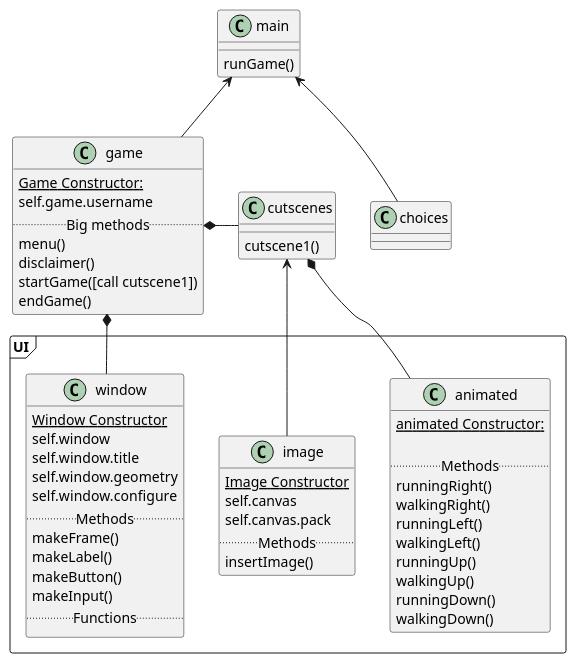
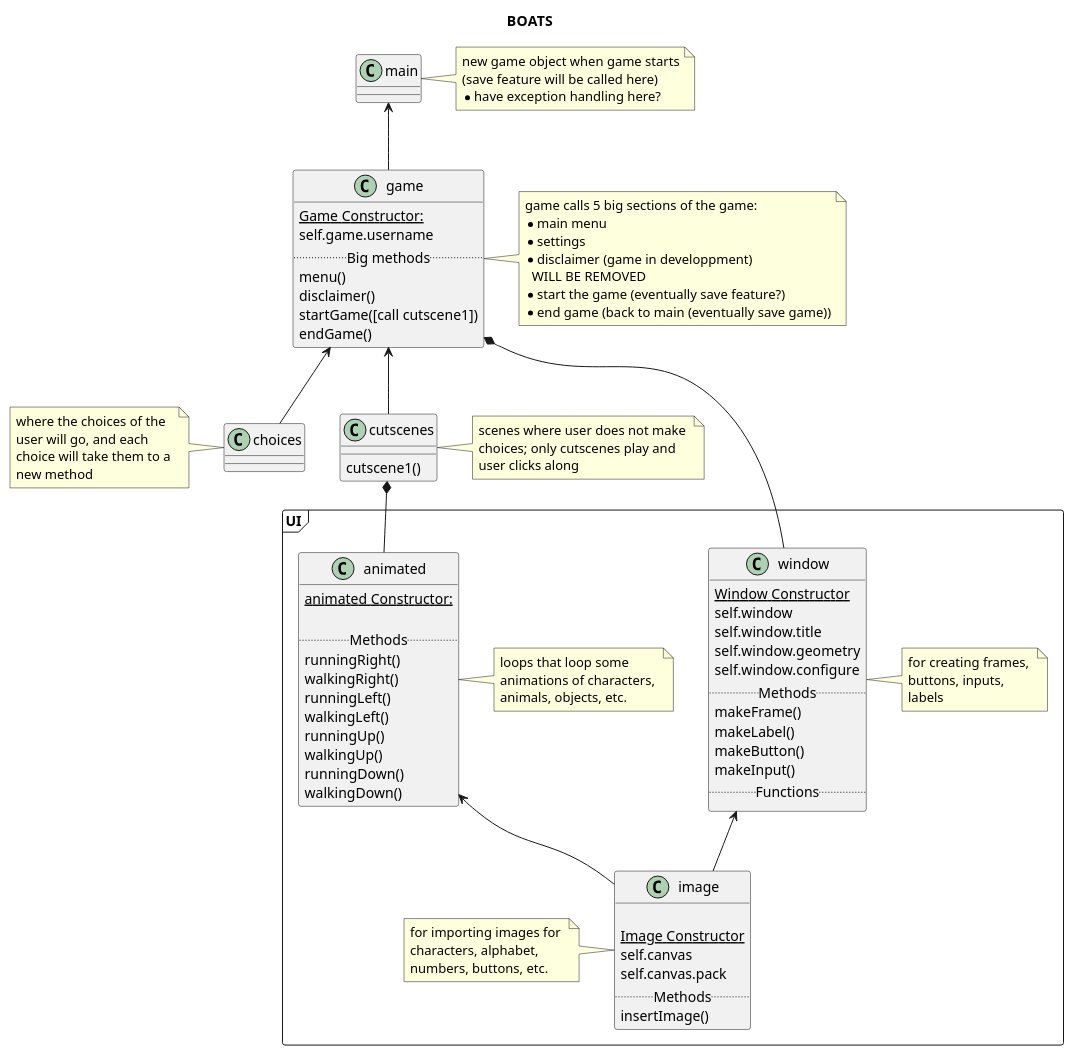
Before and after one commit to kbph05/BOATS: the diagram in map.puml, drawn with PlantUML. The commit also changed 4 other files, not shown here.

Commit message:
feat: notes in uml diagram

```diff
--- a/map.puml
+++ b/map.puml
@@ -1,73 +1,119 @@
 @startuml map
+title BOATS 
+
 
 class cutscenes {
     cutscene1()
 }
 
+note right of cutscenes
+scenes where user does not make 
+choices; only cutscenes play and
+user clicks along
+end note
+
 
 class main {
-    runGame()
+
 }
+note right of main
+new game object when game starts
+(save feature will be called here)
+*have exception handling here?
+end note
 
 class choices {
 
 }
+note left of choices
+where the choices of the 
+user will go, and each 
+choice will take them to a 
+new method
+end note
 
 class game {
     {static} Game Constructor:
         self.game.username
     ..Big methods..
     menu()
     disclaimer()
     startGame([call cutscene1])
     endGame()
 }
+note right of game
+game calls 5 big sections of the game:
+* main menu
+* settings
+* disclaimer (game in developpment) 
+  WILL BE REMOVED
+* start the game (eventually save feature?)
+* end game (back to main (eventually save game))
+end note
 
 package UI <<frame>> {
     class window {
         {static} Window Constructor
             self.window
             self.window.title
             self.window.geometry
             self.window.configure
         .. Methods ..
         makeFrame()
         makeLabel()
         makeButton()
         makeInput()
         ..Functions..
     }
+
+    note right of window 
+    for creating frames, 
+    buttons, inputs, 
+    labels
+    end note
+
     class image {
+        
         {static} Image Constructor
             self.canvas
             self.canvas.pack
         .. Methods ..
         insertImage()
     }
+    note left of image
+    for importing images for 
+    characters, alphabet, 
+    numbers, buttons, etc.
+    end note
 
     class animated {
         {static} animated Constructor:
 
         ..Methods..
         runningRight()
         walkingRight()
         runningLeft()
         walkingLeft()
         runningUp()
         walkingUp()
         runningDown()
         walkingDown()
     }
+    note right of animated
+    loops that loop some 
+    animations of characters, 
+    animals, objects, etc.
+    end note
 }
+main <-- game 
 
-main <-- choices
-main <-- game
-
-game *- cutscenes
+game <-- cutscenes 
 
 cutscenes *-- animated
+game <-- choices 
+game *- window
 
-game *-- window
-cutscenes <-- image
+window <-- image
+animated <-- image
 
 @enduml
```
